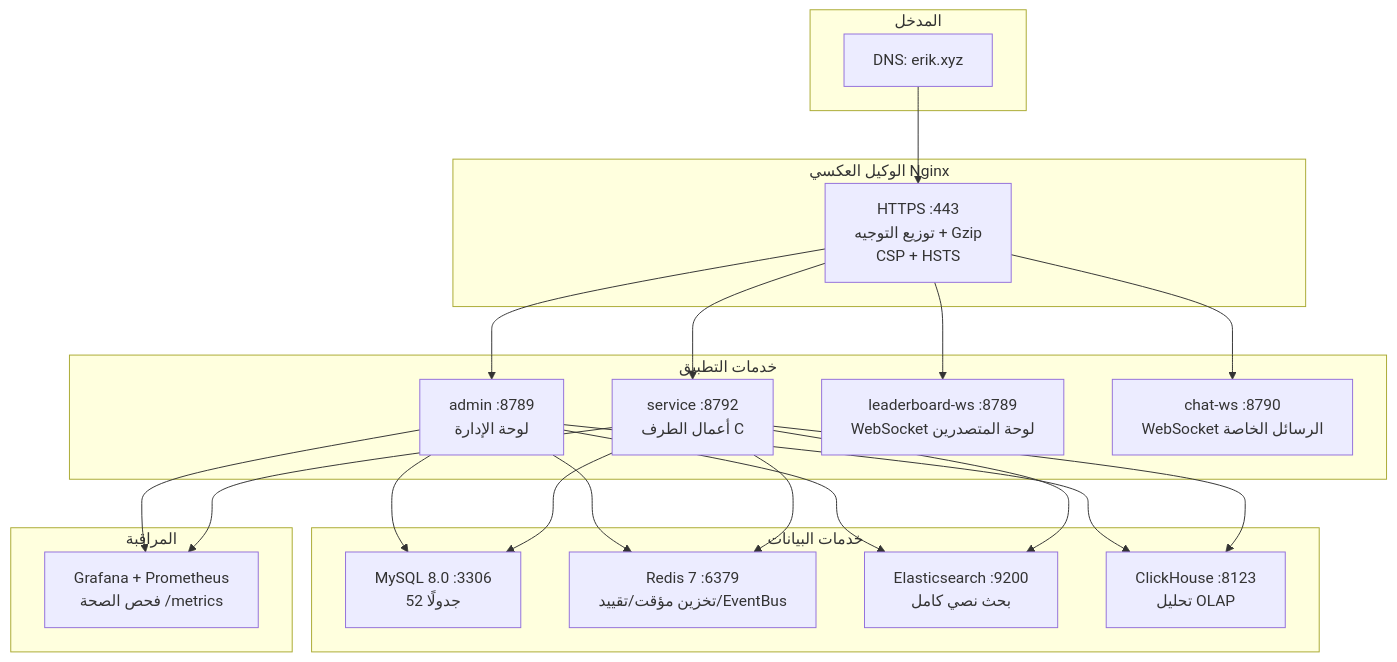
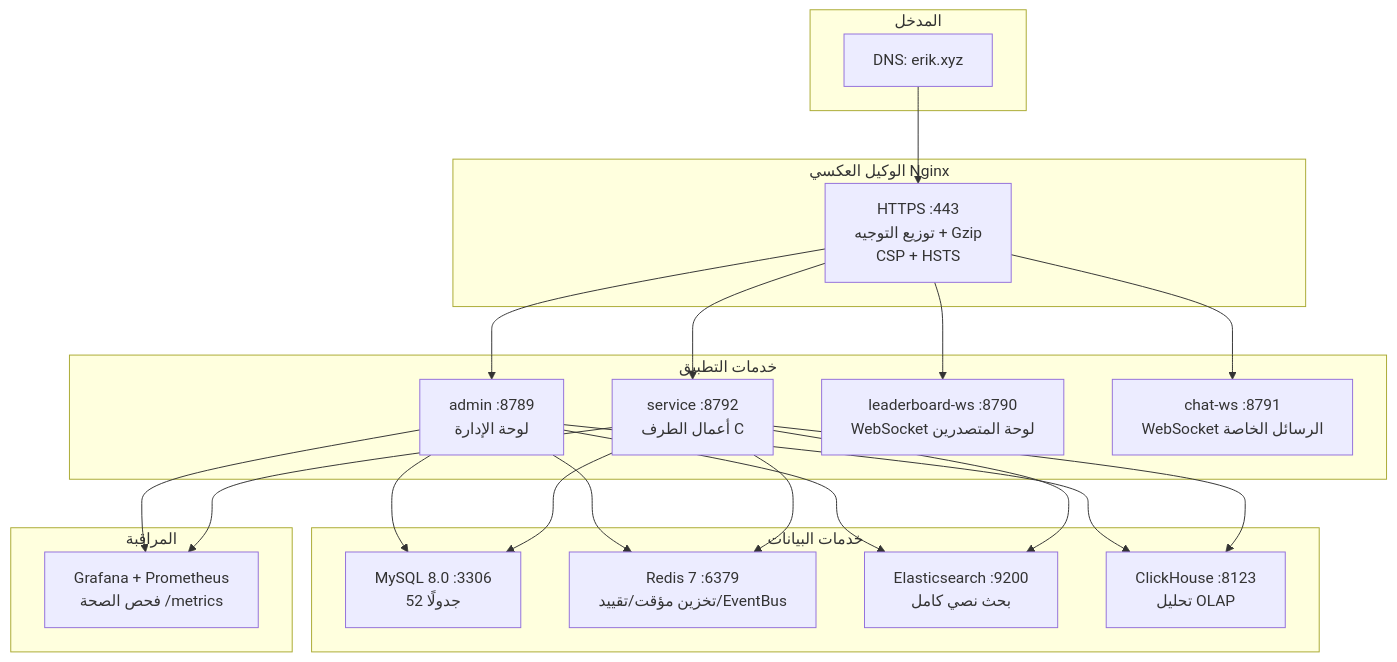
The diagram in admin/docs/diagrams/12-deployment.ar.md (erikwang2013/game-platform-php), drawn with Mermaid before and after one commit. The commit also changed 25 other files, not shown here.

````diff
--- a/admin/docs/diagrams/12-deployment.ar.md
+++ b/admin/docs/diagrams/12-deployment.ar.md
@@ -7,33 +7,33 @@
 ```mermaid
 flowchart TB
     subgraph "المدخل"
         DNS["DNS: erik.xyz"]
     end
 
     subgraph "الوكيل العكسي Nginx"
         NGX["HTTPS :443<br/>توزيع التوجيه + Gzip<br/>CSP + HSTS"]
     end
 
     subgraph "خدمات التطبيق"
         ADM["admin :8789<br/>لوحة الإدارة"]
         SVC["service :8792<br/>أعمال الطرف C"]
-        LB["leaderboard-ws :8789<br/>WebSocket لوحة المتصدرين"]
-        CHAT["chat-ws :8790<br/>WebSocket الرسائل الخاصة"]
+        LB["leaderboard-ws :8790<br/>WebSocket لوحة المتصدرين"]
+        CHAT["chat-ws :8791<br/>WebSocket الرسائل الخاصة"]
     end
 
     subgraph "خدمات البيانات"
         MYSQL["MySQL 8.0 :3306<br/>52 جدولًا"]
         REDIS["Redis 7 :6379<br/>تخزين مؤقت/تقييد/EventBus"]
         ES["Elasticsearch :9200<br/>بحث نصي كامل"]
         CH["ClickHouse :8123<br/>تحليل OLAP"]
     end
 
     subgraph "المراقبة"
         MON["Grafana + Prometheus<br/>فحص الصحة /metrics"]
     end
 
     DNS --> NGX
     NGX --> ADM & SVC & LB & CHAT
     ADM & SVC --> MYSQL & REDIS & ES & CH
     ADM & SVC --> MON
 ```
````
